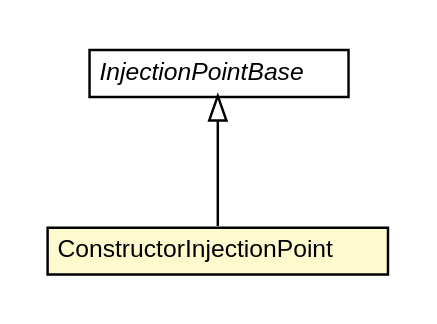
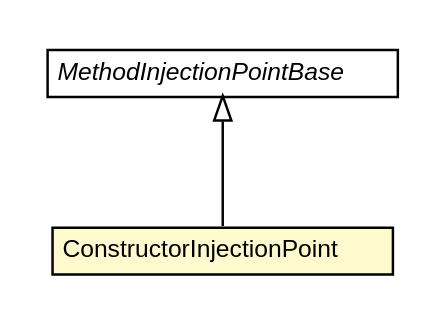
The diagram in javadocs/main/org/androidtransfuse/model/ConstructorInjectionPoint.dot (johncarl81/transfuse), drawn with Graphviz before and after one commit. The commit also changed 2069 other files, not shown here.

```diff
--- a/javadocs/main/org/androidtransfuse/model/ConstructorInjectionPoint.dot
+++ b/javadocs/main/org/androidtransfuse/model/ConstructorInjectionPoint.dot
@@ -1,26 +1,26 @@
 #!/usr/local/bin/dot
 #
 # Class diagram 
 # Generated by UMLGraph version 5.1 (http://www.umlgraph.org/)
 #
 
 digraph G {
 	edge [fontname="Helvetica",fontsize=10,labelfontname="Helvetica",labelfontsize=10];
 	node [fontname="Helvetica",fontsize=10,shape=plaintext];
 	nodesep=0.25;
 	ranksep=0.5;
+	// org.androidtransfuse.model.MethodInjectionPointBase
+	c9696 [label=<<table title="org.androidtransfuse.model.MethodInjectionPointBase" border="0" cellborder="1" cellspacing="0" cellpadding="2" port="p" href="./MethodInjectionPointBase.html">
+		<tr><td><table border="0" cellspacing="0" cellpadding="1">
+<tr><td align="center" balign="center"><font face="Helvetica-Oblique"> MethodInjectionPointBase </font></td></tr>
+		</table></td></tr>
+		</table>>, fontname="Helvetica", fontcolor="black", fontsize=10.0];
 	// org.androidtransfuse.model.ConstructorInjectionPoint
-	c18865 [label=<<table title="org.androidtransfuse.model.ConstructorInjectionPoint" border="0" cellborder="1" cellspacing="0" cellpadding="2" port="p" bgcolor="lemonChiffon" href="./ConstructorInjectionPoint.html">
+	c9700 [label=<<table title="org.androidtransfuse.model.ConstructorInjectionPoint" border="0" cellborder="1" cellspacing="0" cellpadding="2" port="p" bgcolor="lemonChiffon" href="./ConstructorInjectionPoint.html">
 		<tr><td><table border="0" cellspacing="0" cellpadding="1">
 <tr><td align="center" balign="center"> ConstructorInjectionPoint </td></tr>
 		</table></td></tr>
 		</table>>, fontname="Helvetica", fontcolor="black", fontsize=10.0];
-	// org.androidtransfuse.model.InjectionPointBase
-	c18866 [label=<<table title="org.androidtransfuse.model.InjectionPointBase" border="0" cellborder="1" cellspacing="0" cellpadding="2" port="p" href="./InjectionPointBase.html">
-		<tr><td><table border="0" cellspacing="0" cellpadding="1">
-<tr><td align="center" balign="center"><font face="Helvetica-Oblique"> InjectionPointBase </font></td></tr>
-		</table></td></tr>
-		</table>>, fontname="Helvetica", fontcolor="black", fontsize=10.0];
-	//org.androidtransfuse.model.ConstructorInjectionPoint extends org.androidtransfuse.model.InjectionPointBase
-	c18866:p -> c18865:p [dir=back,arrowtail=empty];
+	//org.androidtransfuse.model.ConstructorInjectionPoint extends org.androidtransfuse.model.MethodInjectionPointBase
+	c9696:p -> c9700:p [dir=back,arrowtail=empty];
 }
```
